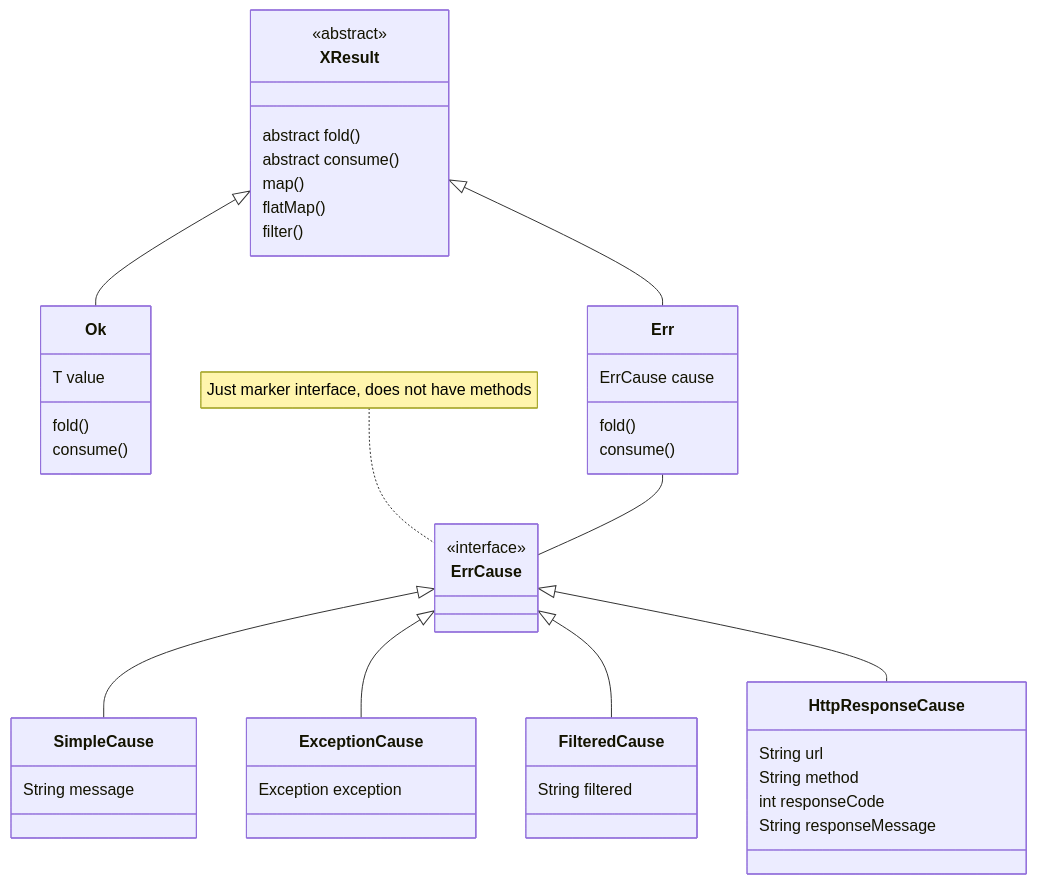
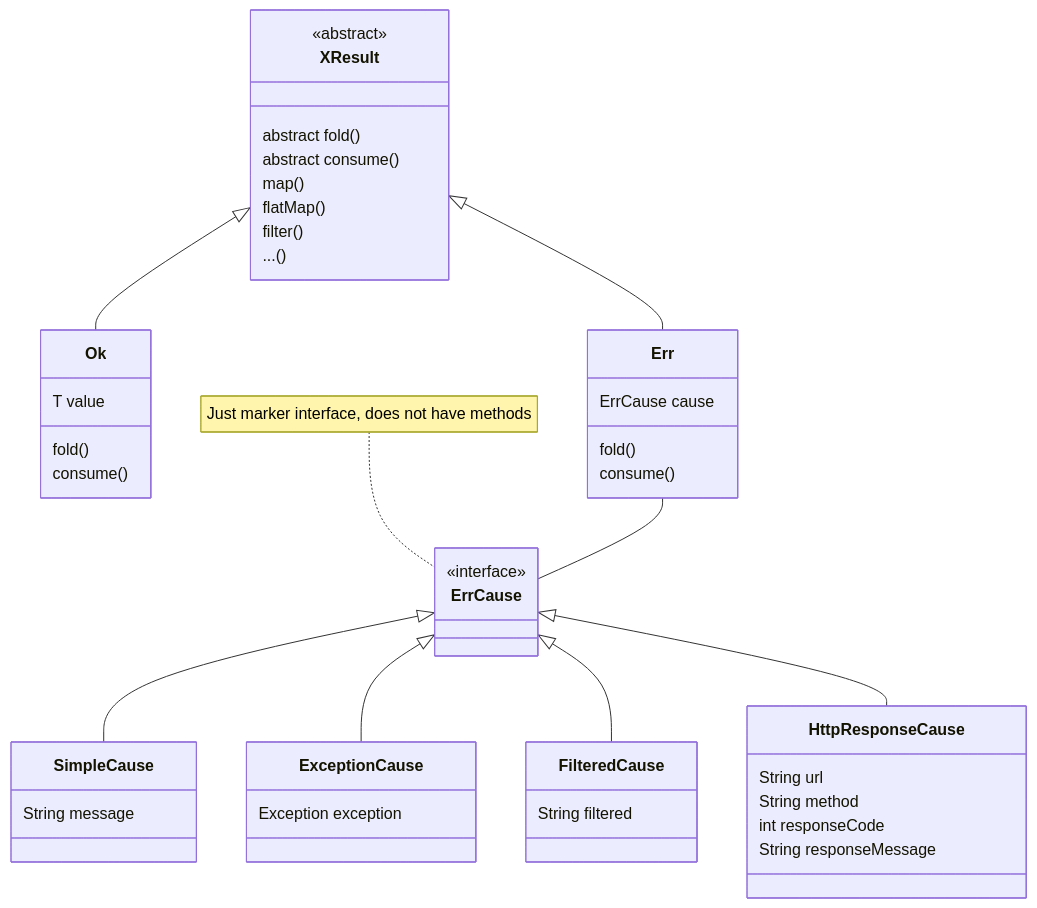
The diagram in README.md (skopylov58/java-extended-result-monad), drawn with Mermaid before and after one commit.

Commit message:
docs: class diagram is extended

````diff
--- a/README.md
+++ b/README.md
@@ -4,58 +4,59 @@
 ```mermaid
 classDiagram
     XResult <|-- Ok
     XResult <|-- Err
     Err -- ErrCause
     
     ErrCause <|-- SimpleCause
     ErrCause <|-- ExceptionCause
     ErrCause <|-- FilteredCause
     ErrCause <|-- HttpResponseCause
 
     note for ErrCause "Just marker interface, does not have methods"
 
     class XResult~T~ {
         <<abstract>>
         abstract fold()
         abstract consume()
         map()
         flatMap()
         filter()
+        ...()
 
     }
     
-    class Ok~T~{
+    class Ok ~T~ {
       T value
       fold()
       consume()
     }
     
     class Err{
       ErrCause cause
       fold()
       consume()
     }
 
     class ErrCause{
         <<interface>>
     }
 
     class SimpleCause{
         String message
     }
 
     class ExceptionCause {
         Exception exception
     }
 
     class FilteredCause {
         String filtered
     }
 
     class HttpResponseCause {
         String url
         String method
         int responseCode
         String responseMessage
     }
 ```
````
